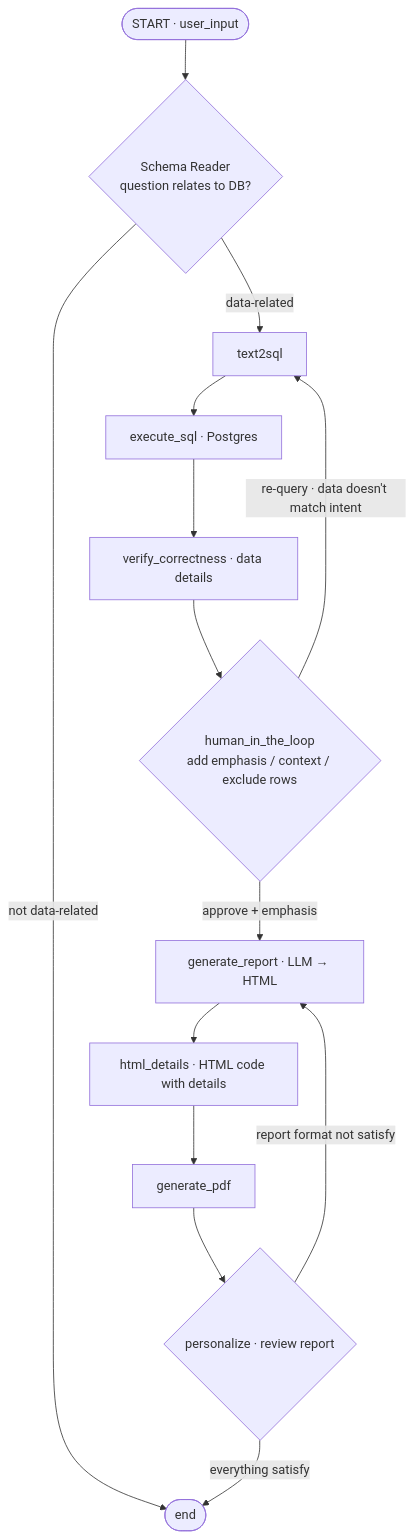
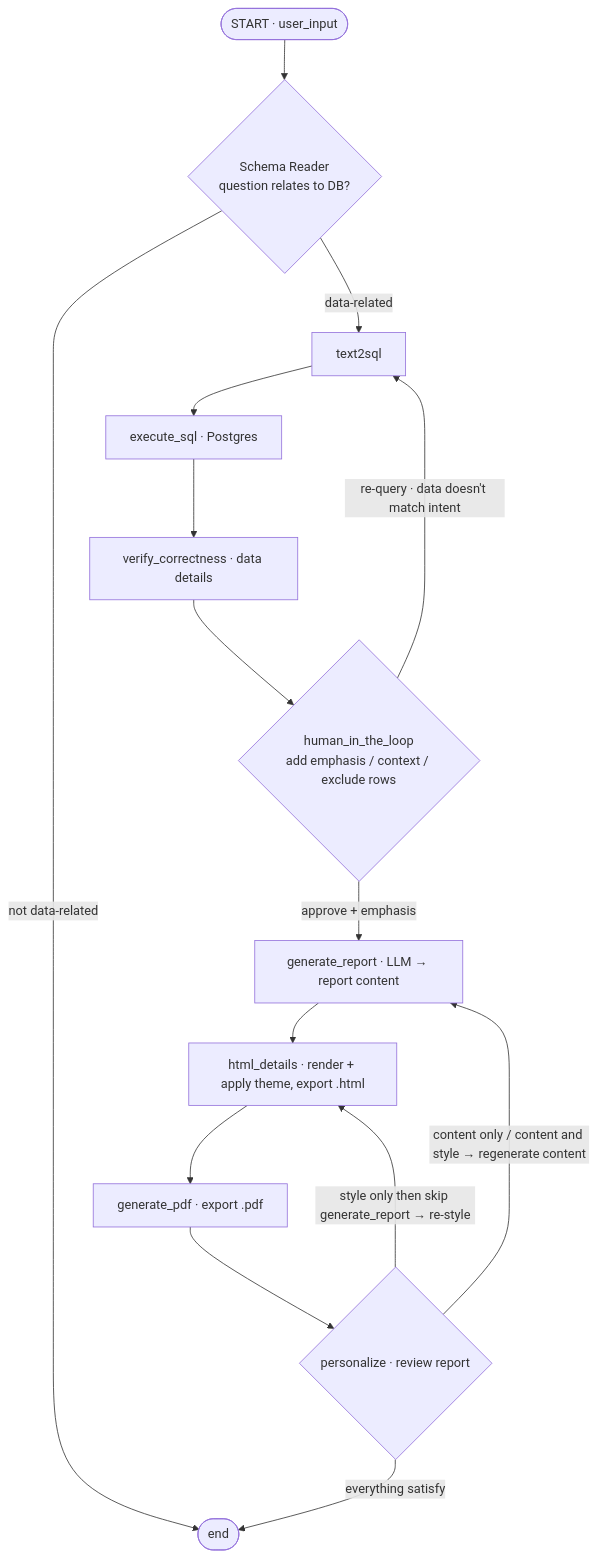
The diagram in README.md (Nattawat1409/LLM-Auto-Generate-report), drawn with Mermaid before and after one commit. The commit also changed other lines of this file, not shown here.

````diff
--- a/README.md
+++ b/README.md
@@ -5,16 +17,17 @@
 ```mermaid
 flowchart TD
     START([START · user_input]) --> SCHEMA{Schema Reader<br/>question relates to DB?}
     SCHEMA -->|not data-related| DONE([end])
     SCHEMA -->|data-related| T2S[text2sql]
     T2S --> EXEC[execute_sql · Postgres]
     EXEC --> VERIFY[verify_correctness · data details]
     VERIFY --> HITL{human_in_the_loop<br/>add emphasis / context / exclude rows}
     HITL -->|re-query · data doesn't match intent| T2S
-    HITL -->|approve + emphasis| GEN[generate_report · LLM → HTML]
-    GEN --> HTMLD[html_details · HTML code with details]
-    HTMLD --> PDF[generate_pdf]
+    HITL -->|approve + emphasis| GEN[generate_report · LLM → report content]
+    GEN --> HTMLD[html_details · render + apply theme, export .html]
+    HTMLD --> PDF[generate_pdf · export .pdf]
     PDF --> PERS{personalize · review report}
-    PERS -->|report format not satisfy| GEN
+    PERS -->|content only / content and style → regenerate content| GEN
+    PERS -->|style only then skip generate_report → re-style| HTMLD
     PERS -->|everything satisfy| DONE
 ```
````
